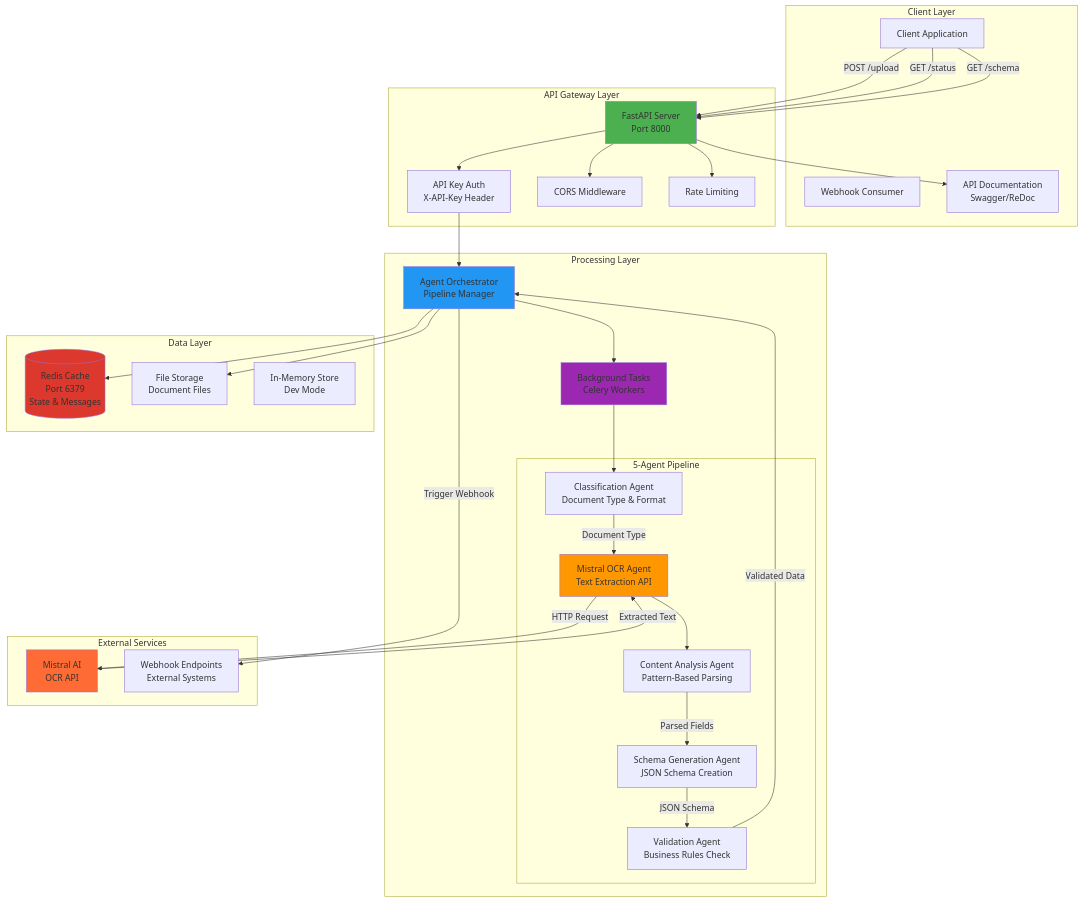
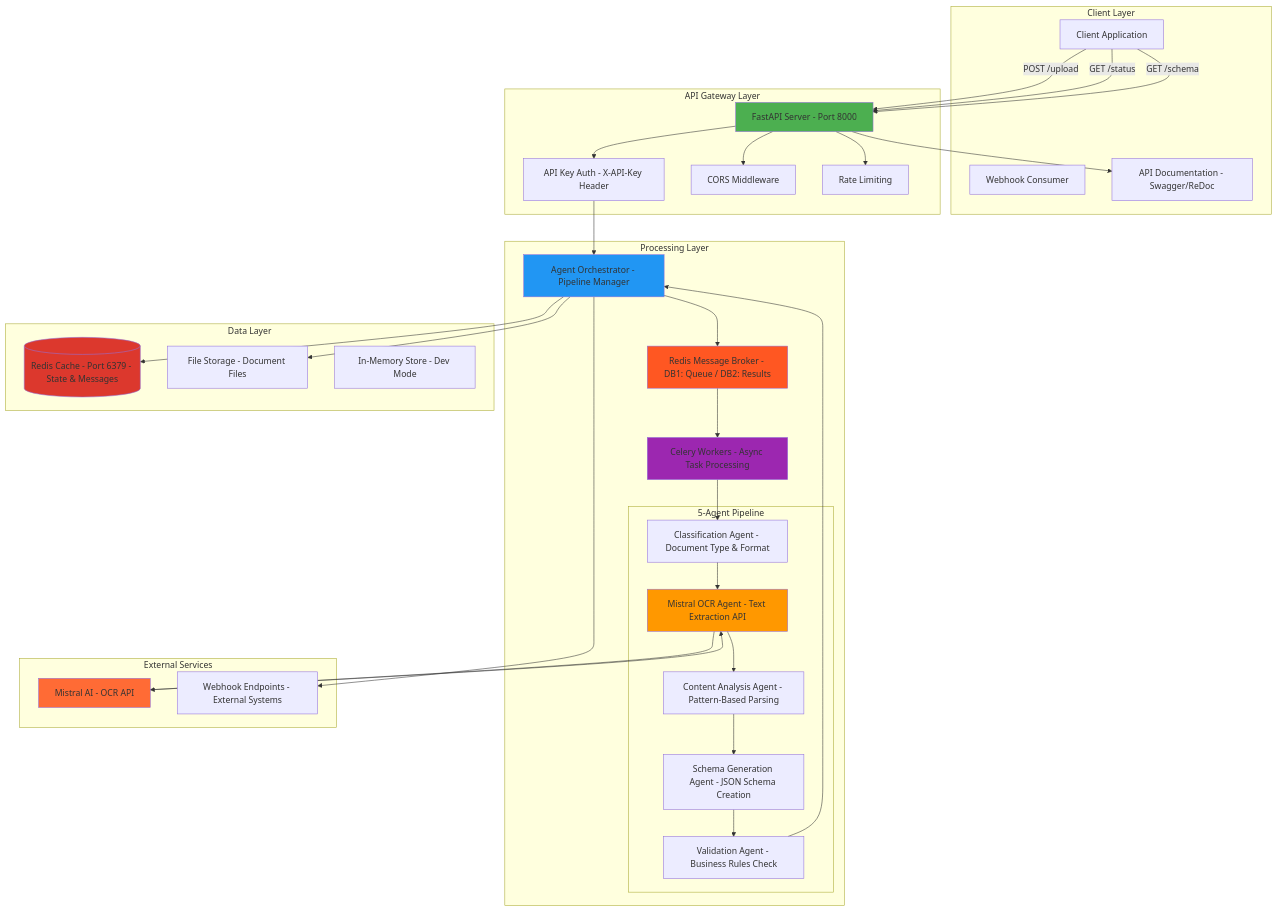
The first of 3 diagrams in README.md (Tony363/document-ingestion-agent), drawn with Mermaid before and after one commit. The commit also changed other lines of this file and 6 other files, not shown here.

````diff
--- a/README.md
+++ b/README.md
@@ -36,71 +36,74 @@
 ```mermaid
 graph TB
-    subgraph "Client Layer"
+    subgraph ClientLayer ["Client Layer"]
         Client[Client Application]
-        Webhook[Webhook Consumer]
-        Docs[API Documentation<br/>Swagger/ReDoc]
+        WebhookConsumer[Webhook Consumer]
+        Docs[API Documentation - Swagger/ReDoc]
     end
     
-    subgraph "API Gateway Layer"
-        FastAPI[FastAPI Server<br/>Port 8000]
-        Auth[API Key Auth<br/>X-API-Key Header]
+    subgraph APILayer ["API Gateway Layer"]
+        FastAPI[FastAPI Server - Port 8000]
+        Auth[API Key Auth - X-API-Key Header]
         CORS[CORS Middleware]
         Rate[Rate Limiting]
     end
     
-    subgraph "Processing Layer"
-        Orchestrator[Agent Orchestrator<br/>Pipeline Manager]
-        BG[Background Tasks<br/>Celery Workers]
+    subgraph ProcessingLayer ["Processing Layer"]
+        Orchestrator[Agent Orchestrator - Pipeline Manager]
+        CeleryWorkers[Celery Workers - Async Task Processing]
+        TaskQueue[Redis Message Broker - DB1: Queue / DB2: Results]
         
-        subgraph "5-Agent Pipeline"
-            CA[Classification Agent<br/>Document Type & Format]
-            OA[Mistral OCR Agent<br/>Text Extraction API]
-            AA[Content Analysis Agent<br/>Pattern-Based Parsing]
-            SA[Schema Generation Agent<br/>JSON Schema Creation]
-            VA[Validation Agent<br/>Business Rules Check]
+        subgraph AgentPipeline ["5-Agent Pipeline"]
+            CA[Classification Agent - Document Type & Format]
+            OA[Mistral OCR Agent - Text Extraction API]
+            AA[Content Analysis Agent - Pattern-Based Parsing]
+            SA[Schema Generation Agent - JSON Schema Creation]
+            VA[Validation Agent - Business Rules Check]
         end
     end
     
-    subgraph "Data Layer"
-        Redis[(Redis Cache<br/>Port 6379<br/>State & Messages)]
-        Storage[File Storage<br/>Document Files]
-        Memory[In-Memory Store<br/>Dev Mode]
+    subgraph DataLayer ["Data Layer"]
+        Redis[(Redis Cache - Port 6379 - State & Messages)]
+        Storage[File Storage - Document Files]
+        Memory[In-Memory Store - Dev Mode]
     end
     
-    subgraph "External Services"
-        MistralAPI[Mistral AI<br/>OCR API]
-        WebhookURL[Webhook Endpoints<br/>External Systems]
+    subgraph ExternalServices ["External Services"]
+        MistralAPI[Mistral AI - OCR API]
+        WebhookURL[Webhook Endpoints - External Systems]
     end
     
     Client -->|POST /upload| FastAPI
     Client -->|GET /status| FastAPI
     Client -->|GET /schema| FastAPI
     
     FastAPI --> Auth
     FastAPI --> CORS
     FastAPI --> Rate
     Auth --> Orchestrator
     
-    Orchestrator --> BG
-    BG --> CA
-    CA -->|Document Type| OA
-    OA -->|HTTP Request| MistralAPI
-    MistralAPI -->|Extracted Text| OA
+    Orchestrator --> TaskQueue
+    TaskQueue --> CeleryWorkers
+    CeleryWorkers --> CA
+    CA --> OA
+    OA --> MistralAPI
+    MistralAPI --> OA
     OA --> AA
-    AA -->|Parsed Fields| SA
-    SA -->|JSON Schema| VA
-    VA -->|Validated Data| Orchestrator
+    AA --> SA
+    SA --> VA
+    VA --> Orchestrator
     
     Orchestrator --> Redis
     Orchestrator --> Storage
-    Orchestrator -->|Trigger Webhook| WebhookURL
+    Orchestrator --> WebhookURL
     
     FastAPI --> Docs
     
     style FastAPI fill:#4CAF50
     style Orchestrator fill:#2196F3
     style Redis fill:#DC382D
     style OA fill:#FF9800
     style MistralAPI fill:#FF6B35
-    style BG fill:#9C27B0
+    style CeleryWorkers fill:#9C27B0
+    style TaskQueue fill:#FF5722
 ```
````
